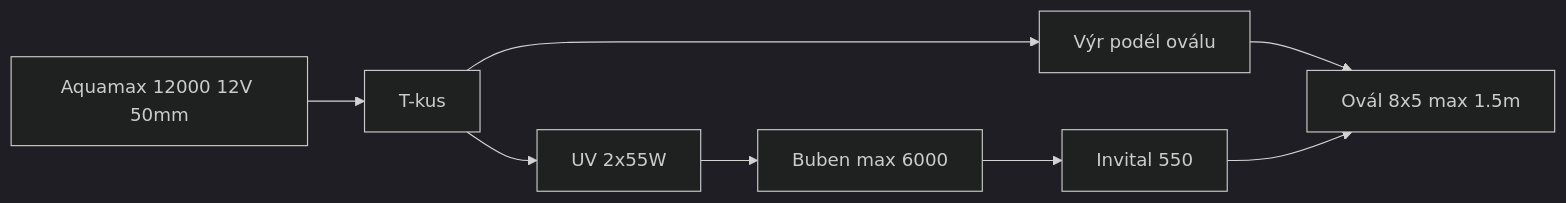
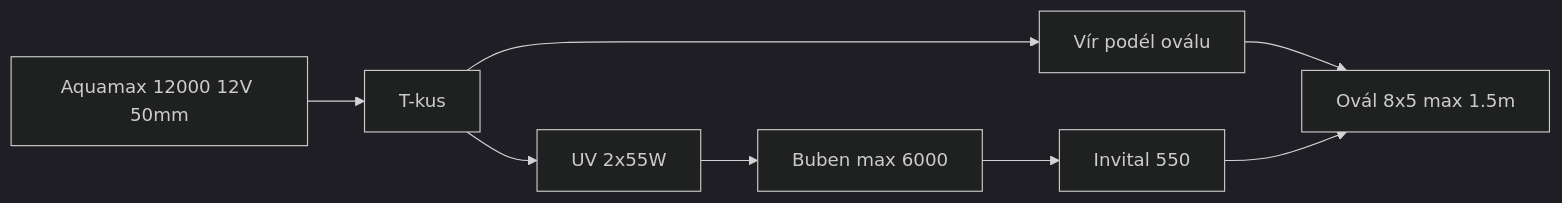
One commit to fedurca/koi_koupaci_jezirko changed the diagram in README.md. Above: the diagram before and after it, drawn with Mermaid (dark theme). The commit also changed other lines of this file and 4 other files, not shown here.

````diff
--- a/README.md
+++ b/README.md
@@ -9,13 +9,13 @@
 ```mermaid
 flowchart LR
   pond[Ovál 8x5 max 1.5m]
   p2[Aquamax 12000 12V 50mm]
   split[T-kus]
-  wp[Výr podél oválu]
+  wp[Vír podél oválu]
   uv[UV 2x55W]
   drum[Buben max 6000]
   bio[Invital 550]
   p2 --> split
   split --> wp --> pond
   split --> uv --> drum --> bio --> pond
 ```
````
